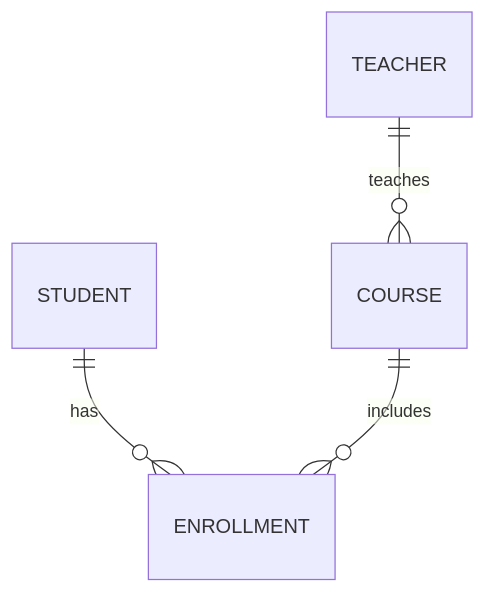
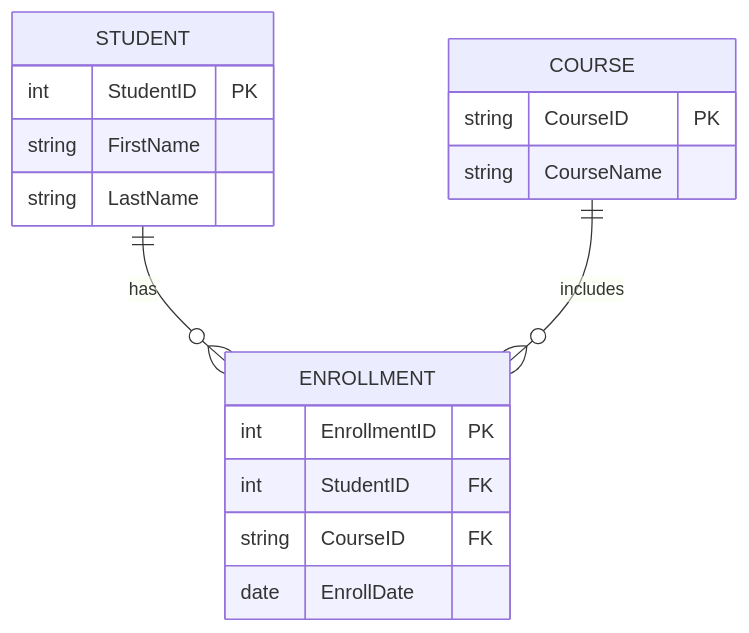
The fourth of 9 diagrams in docs/a3-databases/erd-basics.md (whuang0428/ibdp-cs-sl-website), drawn with Mermaid before and after one commit. The commit also changed other lines of this file, not shown here.

Commit message:
Upgrade A3 ERD basics teaching page to v1.1

````diff
--- a/docs/a3-databases/erd-basics.md
+++ b/docs/a3-databases/erd-basics.md
@@ -385,6 +649,23 @@
 ```mermaid
 erDiagram
-    TEACHER ||--o{ COURSE : teaches
     STUDENT ||--o{ ENROLLMENT : has
     COURSE ||--o{ ENROLLMENT : includes
+
+    STUDENT {
+        int StudentID PK
+        string FirstName
+        string LastName
+    }
+
+    COURSE {
+        string CourseID PK
+        string CourseName
+    }
+
+    ENROLLMENT {
+        int EnrollmentID PK
+        int StudentID FK
+        string CourseID FK
+        date EnrollDate
+    }
 ```
````
